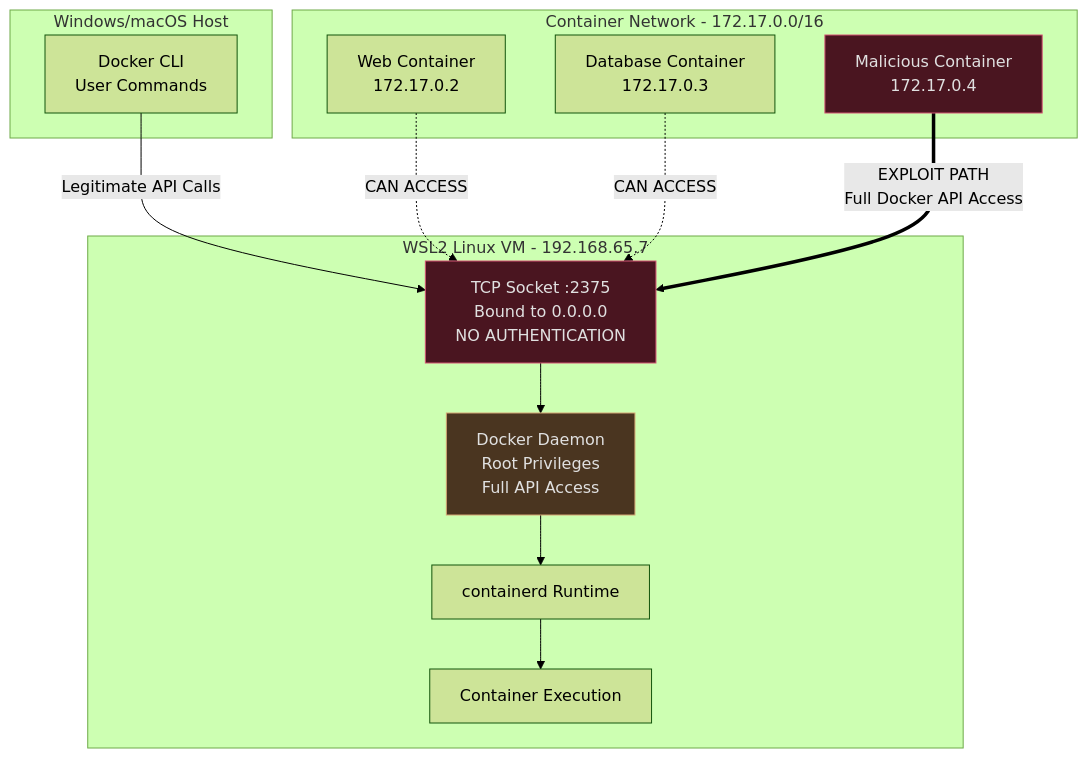
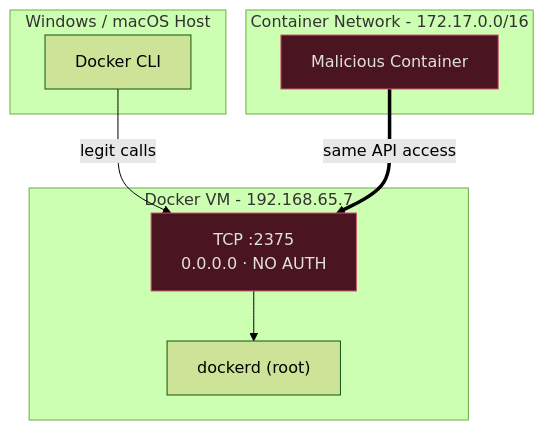
One commit to MindPatch/mindpatch.github.io changed the first of 2 diagrams in _posts/2025-09-01-docker-escape-ssrf.md. Above: the diagram before and after it, drawn with Mermaid (forest theme). The commit also changed other lines of this file, not shown here.

````diff
--- a/_posts/2025-09-01-docker-escape-ssrf.md
+++ b/_posts/2025-09-01-docker-escape-ssrf.md
@@ -169,30 +32,17 @@
 ```mermaid
 flowchart TB
-    subgraph "Windows/macOS Host"
-        A["Docker CLI<br/>User Commands"]
+    subgraph Host["Windows / macOS Host"]
+        A["Docker CLI"]
     end
-
-    subgraph "WSL2 Linux VM - 192.168.65.7"
-        B["TCP Socket :2375<br/>Bound to 0.0.0.0<br/>NO AUTHENTICATION"]
-        C["Docker Daemon<br/>Root Privileges<br/>Full API Access"]
-        D["containerd Runtime"]
-        E["Container Execution"]
+    subgraph VM["Docker VM - 192.168.65.7"]
+        B["TCP :2375<br/>0.0.0.0 · NO AUTH"]
+        C["dockerd (root)"]
     end
-
-    subgraph "Container Network - 172.17.0.0/16"
-        F["Web Container<br/>172.17.0.2"]
-        G["Database Container<br/>172.17.0.3"]
-        H["Malicious Container<br/>172.17.0.4"]
+    subgraph Net["Container Network - 172.17.0.0/16"]
+        H["Malicious Container"]
     end
-
-    A -->|"Legitimate API Calls"| B
-    B --> C --> D --> E
-
-    F -.->|"CAN ACCESS"| B
-    G -.->|"CAN ACCESS"| B
-    H ==>|"EXPLOIT PATH<br/>Full Docker API Access"| B
-
+    A -->|legit calls| B --> C
+    H ==>|"same API access"| B
     style B fill:#4a1520,stroke:#d45574,color:#e0e0e0
     style H fill:#4a1520,stroke:#d45574,color:#e0e0e0
-    style C fill:#4a3520,stroke:#d4a574,color:#e0e0e0
 ```
````
